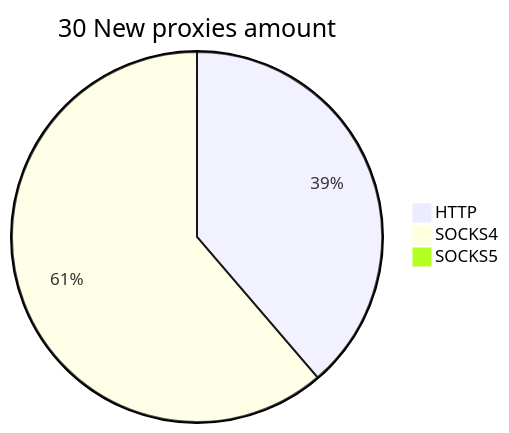
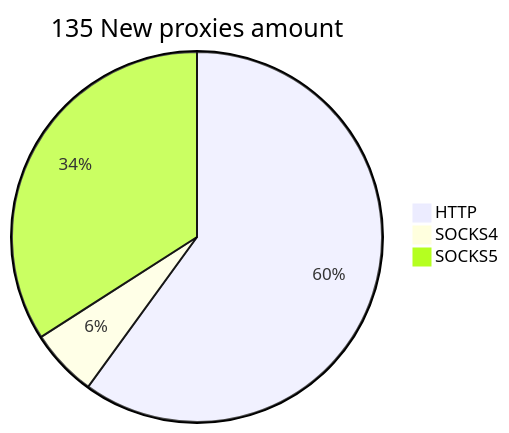
Before and after one commit to cutipu/proxylist: the second of 2 diagrams in README.md, drawn with Mermaid. The commit also changed other lines of this file, not shown here.

````diff
--- a/README.md
+++ b/README.md
@@ -10,6 +10,6 @@
 ```mermaid
-pie title 30 New proxies amount
-    "HTTP" : 36
-    "SOCKS4" : 57
-    "SOCKS5" : 0
+pie title 135 New proxies amount
+    "HTTP" : 81
+    "SOCKS4" : 8
+    "SOCKS5" : 46
 ```
````
